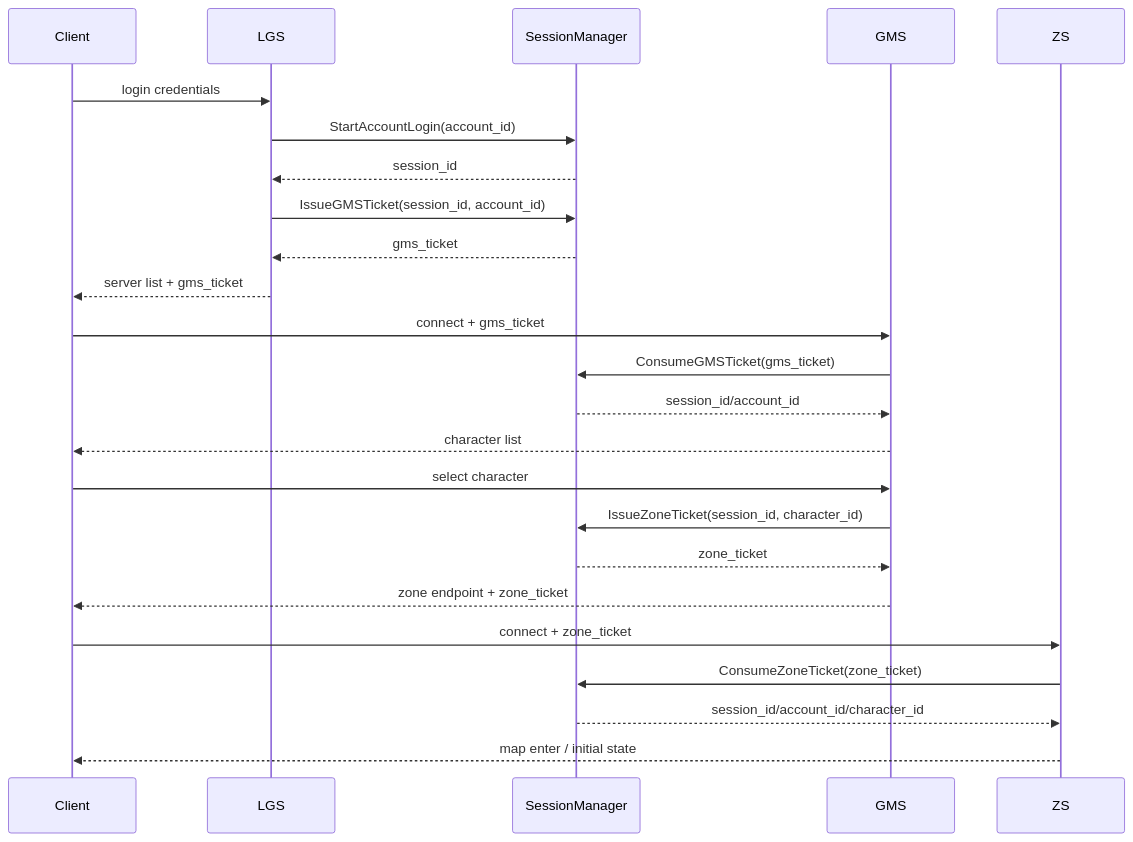
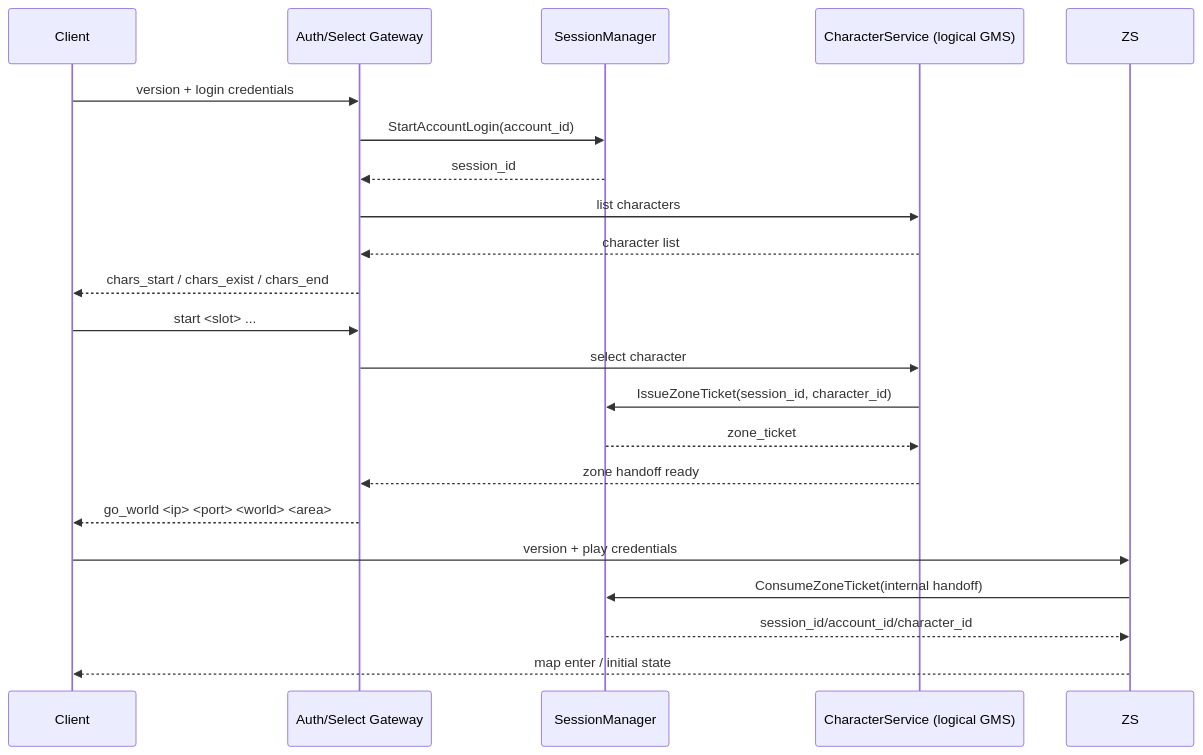
The second of 2 diagrams in docs/session-flow.md (daidai118/server), drawn with Mermaid before and after one commit. The commit also changed other lines of this file and 28 other files, not shown here.

First line of the commit message:
feat(p0): add auth gateway and zone runtime

````diff
--- a/docs/session-flow.md
+++ b/docs/session-flow.md
@@ -36,30 +37,27 @@
 ```mermaid
 sequenceDiagram
     participant C as Client
-    participant L as LGS
+    participant GW as Auth/Select Gateway
     participant S as SessionManager
-    participant G as GMS
+    participant G as CharacterService (logical GMS)
     participant Z as ZS
 
-    C->>L: login credentials
-    L->>S: StartAccountLogin(account_id)
-    S-->>L: session_id
-    L->>S: IssueGMSTicket(session_id, account_id)
-    S-->>L: gms_ticket
-    L-->>C: server list + gms_ticket
+    C->>GW: version + login credentials
+    GW->>S: StartAccountLogin(account_id)
+    S-->>GW: session_id
+    GW->>G: list characters
+    G-->>GW: character list
+    GW-->>C: chars_start / chars_exist / chars_end
 
-    C->>G: connect + gms_ticket
-    G->>S: ConsumeGMSTicket(gms_ticket)
-    S-->>G: session_id/account_id
-    G-->>C: character list
-
-    C->>G: select character
+    C->>GW: start <slot> ...
+    GW->>G: select character
     G->>S: IssueZoneTicket(session_id, character_id)
     S-->>G: zone_ticket
-    G-->>C: zone endpoint + zone_ticket
+    G-->>GW: zone handoff ready
+    GW-->>C: go_world <ip> <port> <world> <area>
 
-    C->>Z: connect + zone_ticket
-    Z->>S: ConsumeZoneTicket(zone_ticket)
+    C->>Z: version + play credentials
+    Z->>S: ConsumeZoneTicket(internal handoff)
     S-->>Z: session_id/account_id/character_id
     Z-->>C: map enter / initial state
 ```
````
